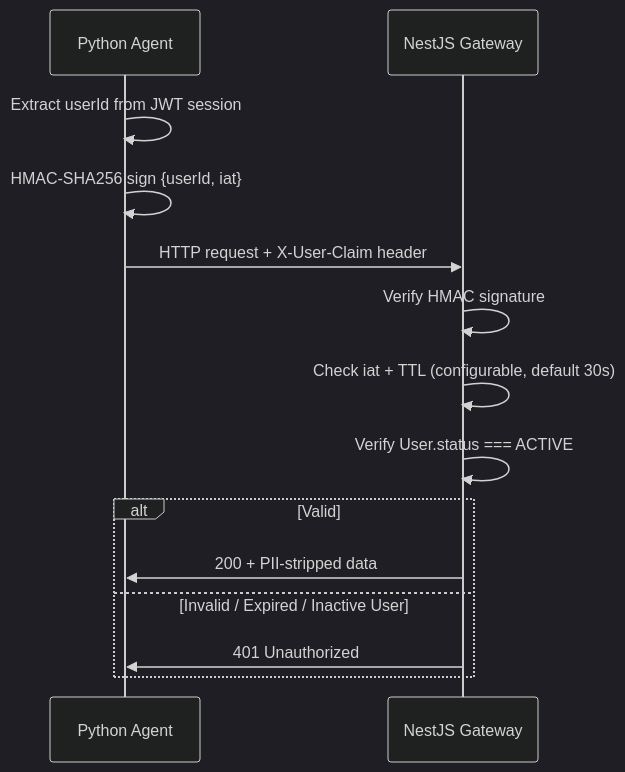
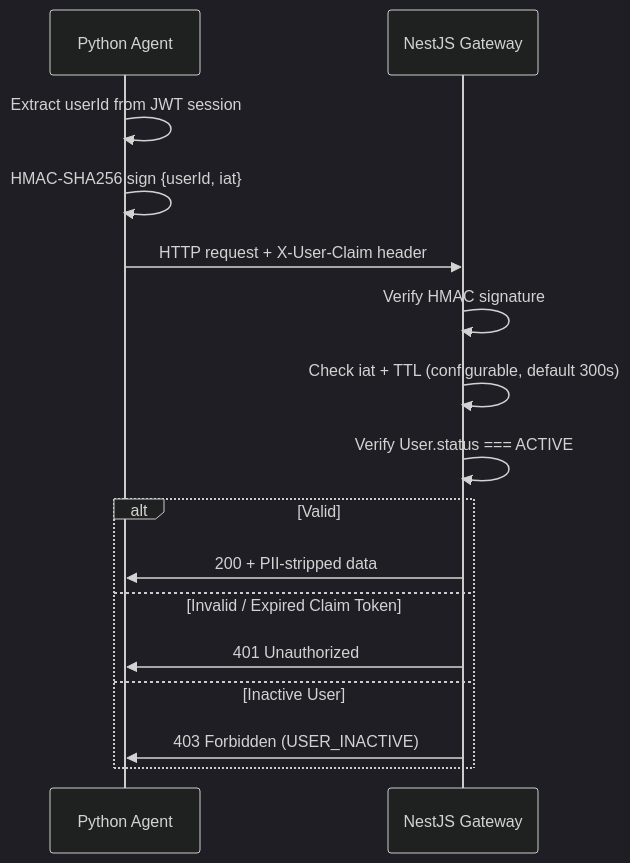
Before and after one commit to pminhtaiii/Flight-Booking-System: the third of 3 diagrams in specs/003-agent-tool-calling/data-model.md, drawn with Mermaid (dark theme). The commit also changed other lines of this file and 4 other files, not shown here.

````diff
--- a/specs/003-agent-tool-calling/data-model.md
+++ b/specs/003-agent-tool-calling/data-model.md
@@ -327,17 +327,19 @@
 ```mermaid
 sequenceDiagram
     participant Agent as Python Agent
     participant Gateway as NestJS Gateway
 
     Agent->>Agent: Extract userId from JWT session
     Agent->>Agent: HMAC-SHA256 sign {userId, iat}
     Agent->>Gateway: HTTP request + X-User-Claim header
     Gateway->>Gateway: Verify HMAC signature
-    Gateway->>Gateway: Check iat + TTL (configurable, default 30s)
+    Gateway->>Gateway: Check iat + TTL (configurable, default 300s)
     Gateway->>Gateway: Verify User.status === ACTIVE
     alt Valid
         Gateway->>Agent: 200 + PII-stripped data
-    else Invalid / Expired / Inactive User
+    else Invalid / Expired Claim Token
         Gateway->>Agent: 401 Unauthorized
+    else Inactive User
+        Gateway->>Agent: 403 Forbidden (USER_INACTIVE)
     end
 ```
````
